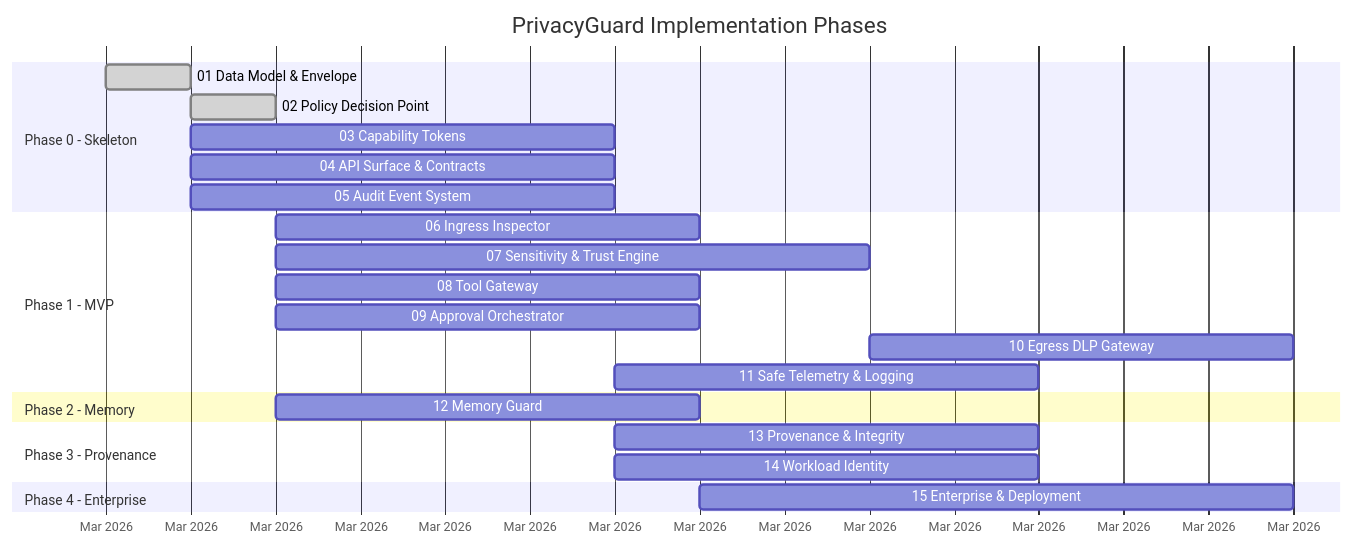
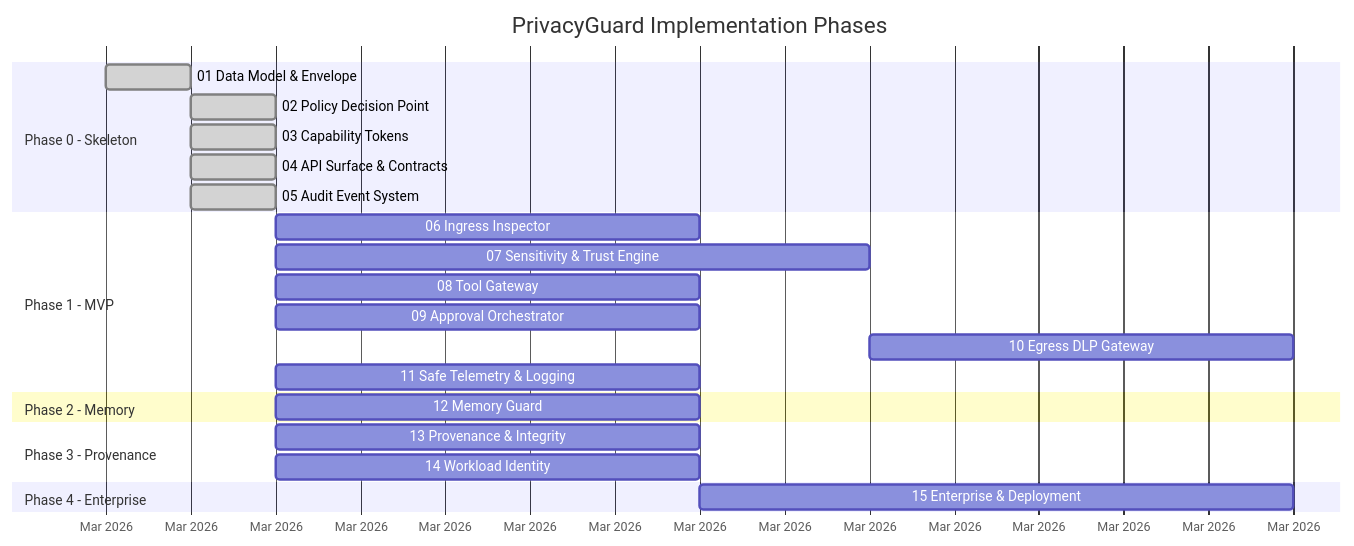
The second of 2 diagrams in README.md (vvoffsec/PrivacyGuard), drawn with Mermaid before and after one commit. The commit also changed other lines of this file and 49 other files, not shown here.

````diff
--- a/README.md
+++ b/README.md
@@ -125,31 +125,31 @@
 ```mermaid
 gantt
     title PrivacyGuard Implementation Phases
     dateFormat YYYY-MM-DD
     axisFormat %b %Y
 
     section Phase 0 - Skeleton
     01 Data Model & Envelope        :done, p01, 2026-03-07, 1d
     02 Policy Decision Point        :done, p02, after p01, 1d
-    03 Capability Tokens            :p03, after p01, 5d
-    04 API Surface & Contracts      :p04, after p01, 5d
-    05 Audit Event System           :p05, after p01, 5d
+    03 Capability Tokens            :done, p03, after p01, 1d
+    04 API Surface & Contracts      :done, p04, after p01, 1d
+    05 Audit Event System           :done, p05, after p01, 1d
 
     section Phase 1 - MVP
     06 Ingress Inspector            :p06, after p02, 5d
     07 Sensitivity & Trust Engine   :p07, after p02, 7d
     08 Tool Gateway                 :p08, after p02, 5d
     09 Approval Orchestrator        :p09, after p02, 5d
     10 Egress DLP Gateway           :p10, after p07, 5d
     11 Safe Telemetry & Logging     :p11, after p05, 5d
 
     section Phase 2 - Memory
     12 Memory Guard                 :p12, after p02, 5d
 
     section Phase 3 - Provenance
     13 Provenance & Integrity       :p13, after p05, 5d
     14 Workload Identity            :p14, after p03, 5d
 
     section Phase 4 - Enterprise
     15 Enterprise & Deployment      :p15, after p12, 7d
 ```
````
